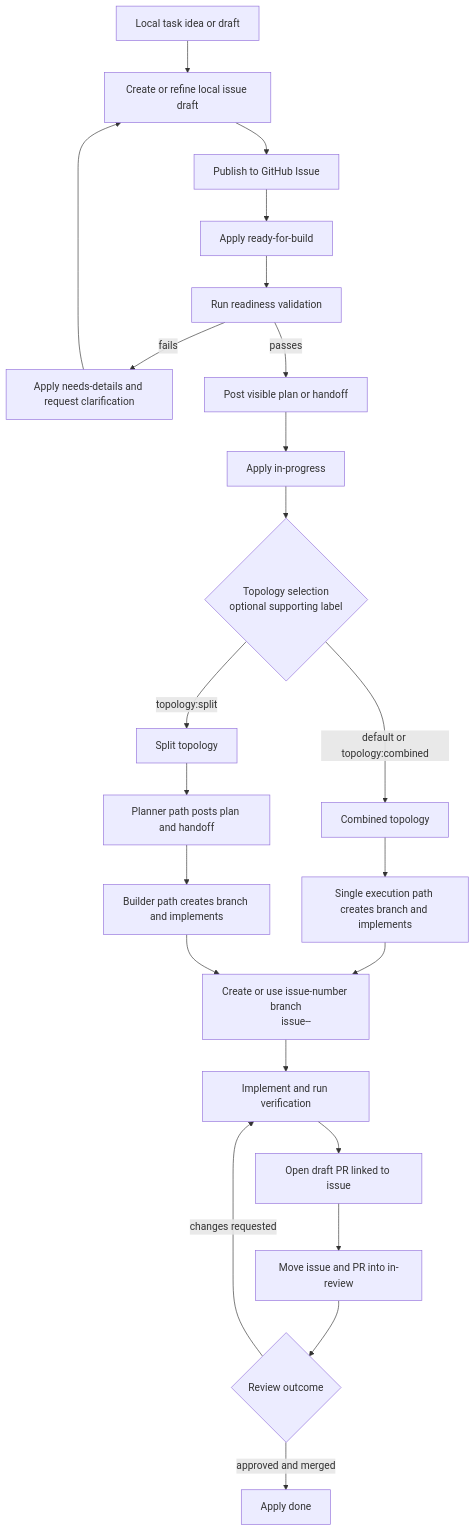
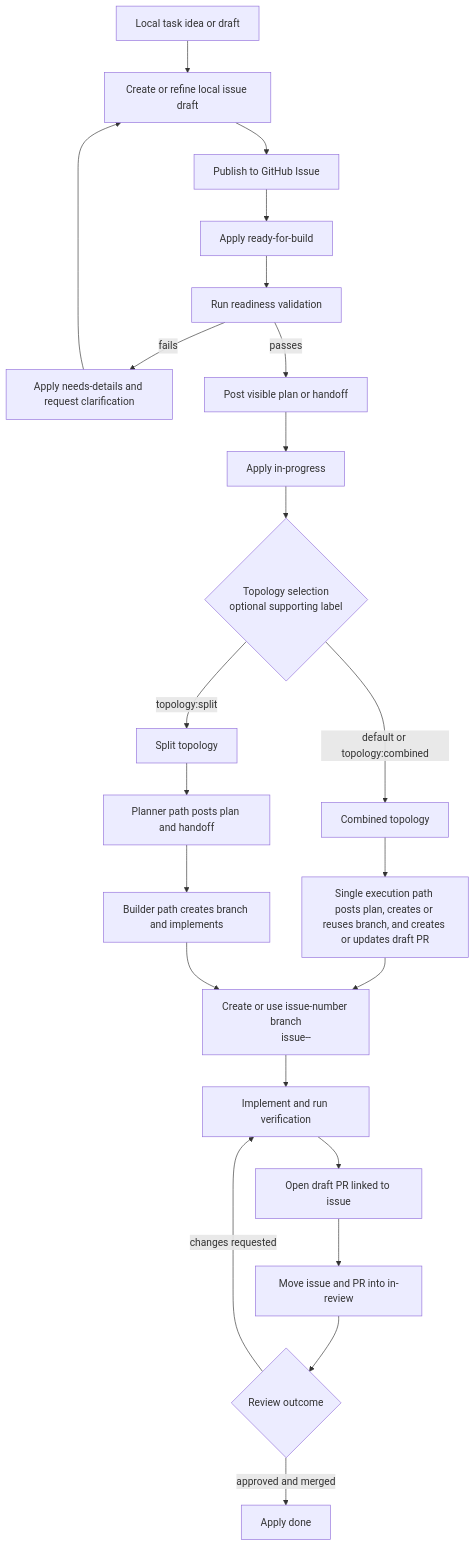
One commit to AgenticSDLC/agentic-sdlc-ops changed the first of 2 diagrams in public/LIFECYCLE.md. Above: the diagram before and after it, drawn with Mermaid. The commit also changed other lines of this file and 11 other files, not shown here.

````diff
--- a/public/LIFECYCLE.md
+++ b/public/LIFECYCLE.md
@@ -9,30 +9,30 @@
 ```mermaid
 flowchart TD
 	A[Local task idea or draft] --> B[Create or refine local issue draft]
 	B --> C[Publish to GitHub Issue]
 	C --> D[Apply ready-for-build]
 	D --> E[Run readiness validation]
 	E -->|fails| F[Apply needs-details and request clarification]
 	F --> B
 	E -->|passes| G[Post visible plan or handoff]
 	G --> H[Apply in-progress]
 
 	H --> I{Topology selection
 	optional supporting label}
 	I -->|default or topology:combined| J[Combined topology]
 	I -->|topology:split| K[Split topology]
 
-	J --> L[Single execution path creates branch and implements]
+	J --> L[Single execution path posts plan, creates or reuses branch, and creates or updates draft PR]
 	K --> M[Planner path posts plan and handoff]
 	M --> N[Builder path creates branch and implements]
 
 	L --> O[Create or use issue-number branch
 	issue-<number>-<slug>]
 	N --> O
 	O --> P[Implement and run verification]
 	P --> Q[Open draft PR linked to issue]
 	Q --> R[Move issue and PR into in-review]
 	R --> S{Review outcome}
 	S -->|changes requested| P
 	S -->|approved and merged| T[Apply done]
 ```
````
